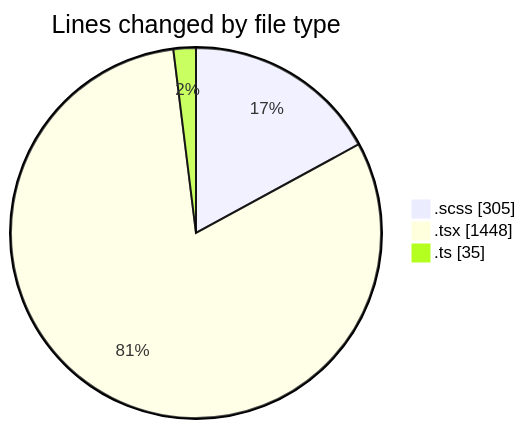
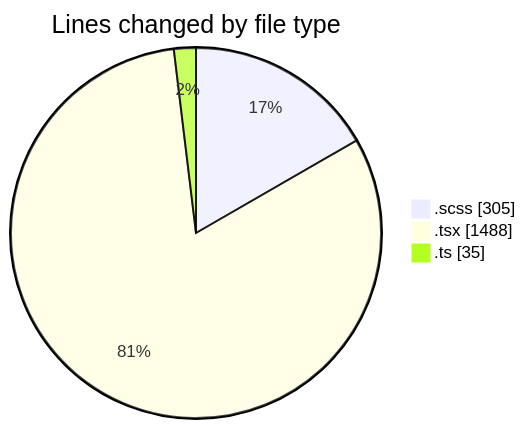
One commit to momahboobian/code-tracking changed the first of 2 diagrams in 2025-03-04/cda/README.md. Above: the diagram before and after it, drawn with Mermaid. The commit also changed other lines of this file and 1 other file, not shown here.

````diff
--- a/2025-03-04/cda/README.md
+++ b/2025-03-04/cda/README.md
@@ -31,7 +31,7 @@
 ```mermaid
 pie showData
 title Lines changed by file type
 ".scss" : 305
-".tsx" : 1448
+".tsx" : 1488
 ".ts" : 35
 ```
````
